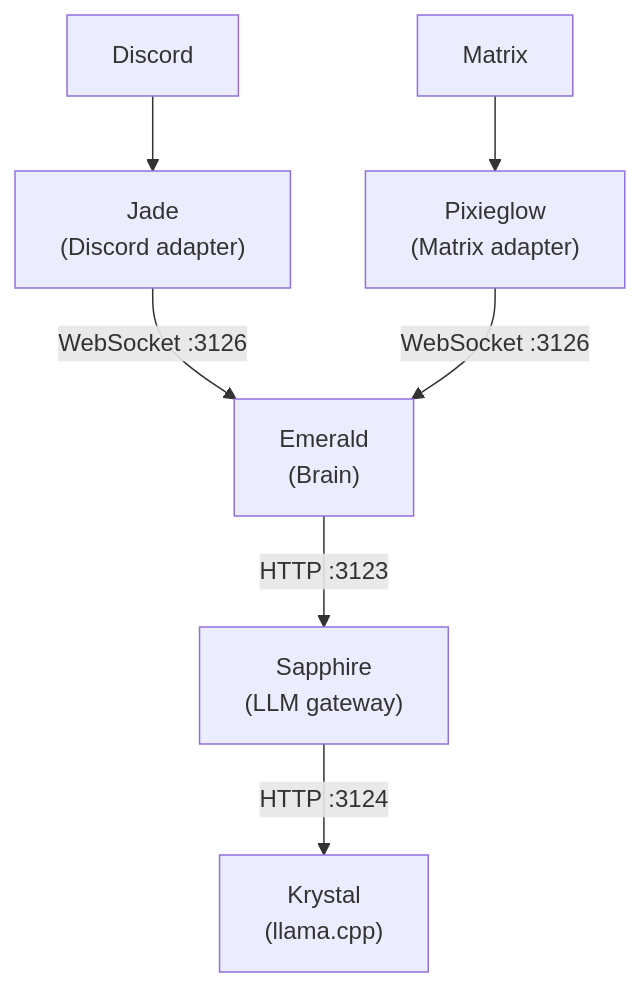
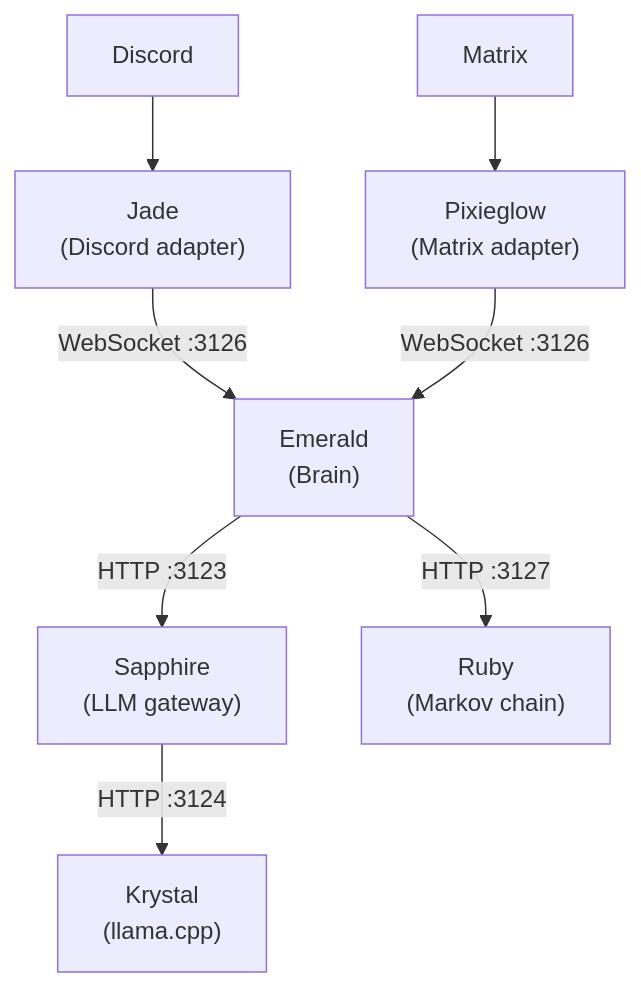
Before and after one commit to protocol-luna/.github: the diagram in profile/README.md, drawn with Mermaid. The commit also changed other lines of this file and 6 other files, not shown here.

Commit message:
docs: update README with gemstone logo, badges, and architecture diagrams

````diff
--- a/profile/README.md
+++ b/profile/README.md
@@ -7,9 +28,10 @@
 ```mermaid
 graph TD
     Discord["Discord"] --> Jade["Jade<br/>(Discord adapter)"]
     Matrix["Matrix"] --> Pixieglow["Pixieglow<br/>(Matrix adapter)"]
     Jade -- "WebSocket :3126" --> Emerald["Emerald<br/>(Brain)"]
     Pixieglow -- "WebSocket :3126" --> Emerald
     Emerald -- "HTTP :3123" --> Sapphire["Sapphire<br/>(LLM gateway)"]
     Sapphire -- "HTTP :3124" --> Krystal["Krystal<br/>(llama.cpp)"]
+    Emerald -- "HTTP :3127" --> Ruby["Ruby<br/>(Markov chain)"]
 ```
````
